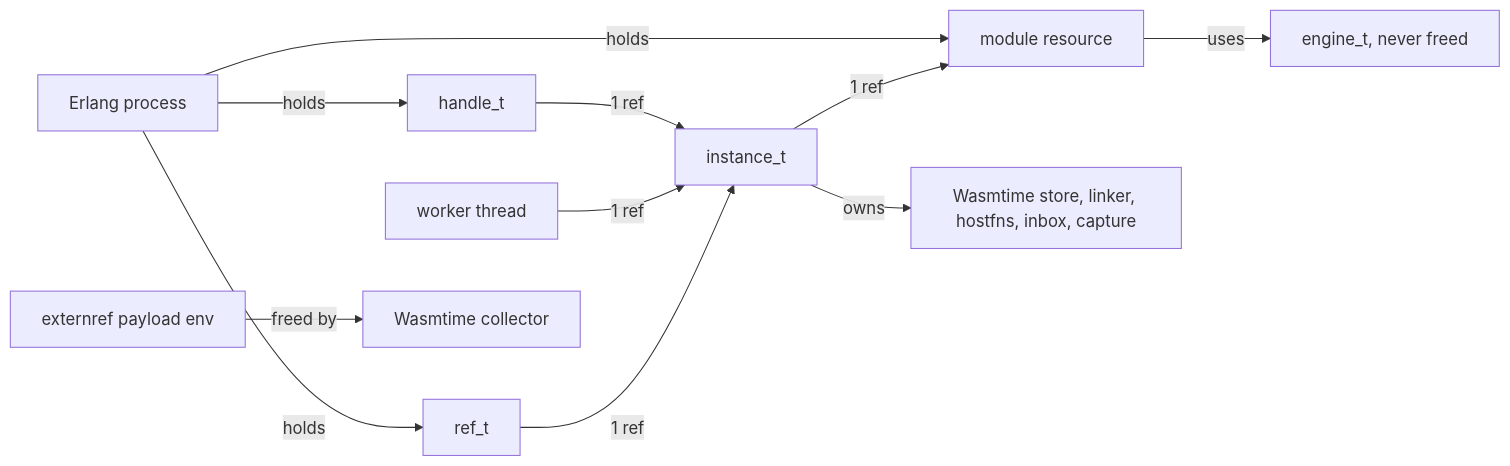
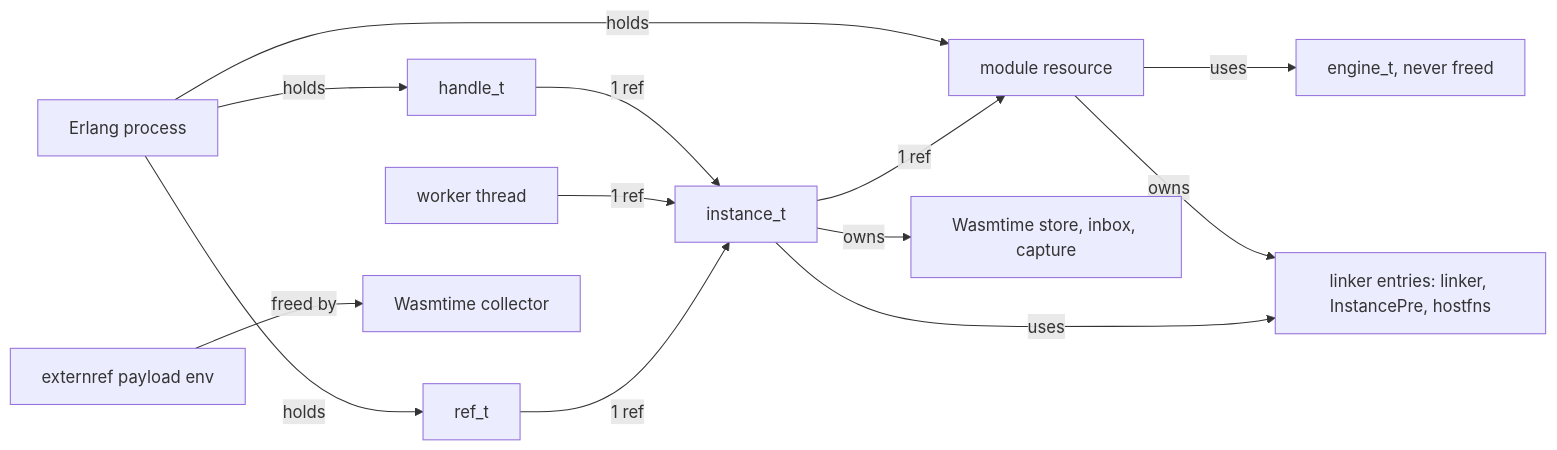
The diagram in docs/design.md (benoitc/erlang-wasmtime), drawn with Mermaid before and after one commit. The commit also changed other lines of this file and 11 other files, not shown here.

First line of the commit message:
Share a linker and InstancePre per module and shape

````diff
--- a/docs/design.md
+++ b/docs/design.md
@@ -45,13 +45,15 @@
 ```mermaid
 flowchart LR
   Erl[Erlang process] -->|holds| H[handle_t]
   Erl -->|holds| M[module resource]
   Erl -->|holds| R[ref_t]
   H -->|1 ref| I[instance_t]
   W[worker thread] -->|1 ref| I
   R -->|1 ref| I
   I -->|1 ref| M
   M -->|uses| E[engine_t, never freed]
-  I -->|owns| S[Wasmtime store, linker, hostfns, inbox, capture]
+  I -->|owns| S[Wasmtime store, inbox, capture]
+  M -->|owns| L[linker entries: linker, InstancePre, hostfns]
+  I -->|uses| L
   X[externref payload env] -->|freed by| GC[Wasmtime collector]
 ```
````
